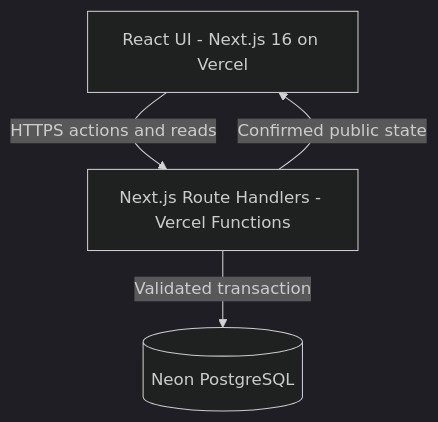
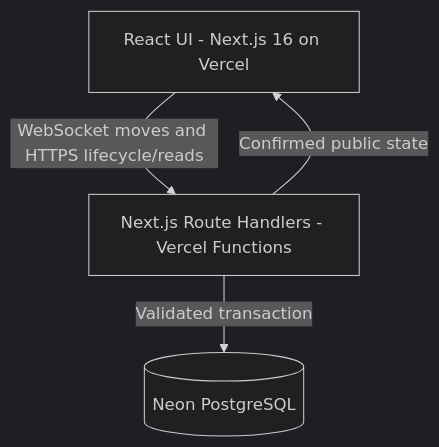
The diagram in docs/architecture/README.md (begiedz/wedges-trial), drawn with Mermaid (dark theme) before and after one commit. The commit also changed other lines of this file and 17 other files, not shown here.

First line of the commit message:
docs: align architecture and setup with server transition

````diff
--- a/docs/architecture/README.md
+++ b/docs/architecture/README.md
@@ -7,9 +7,9 @@
 ```mermaid
 flowchart TD
   UI[React UI - Next.js 16 on Vercel]
   API[Next.js Route Handlers - Vercel Functions]
   DB[(Neon PostgreSQL)]
-  UI -->|HTTPS actions and reads| API
+  UI -->|WebSocket moves and HTTPS lifecycle/reads| API
   API -->|Validated transaction| DB
   API -->|Confirmed public state| UI
 ```
````
